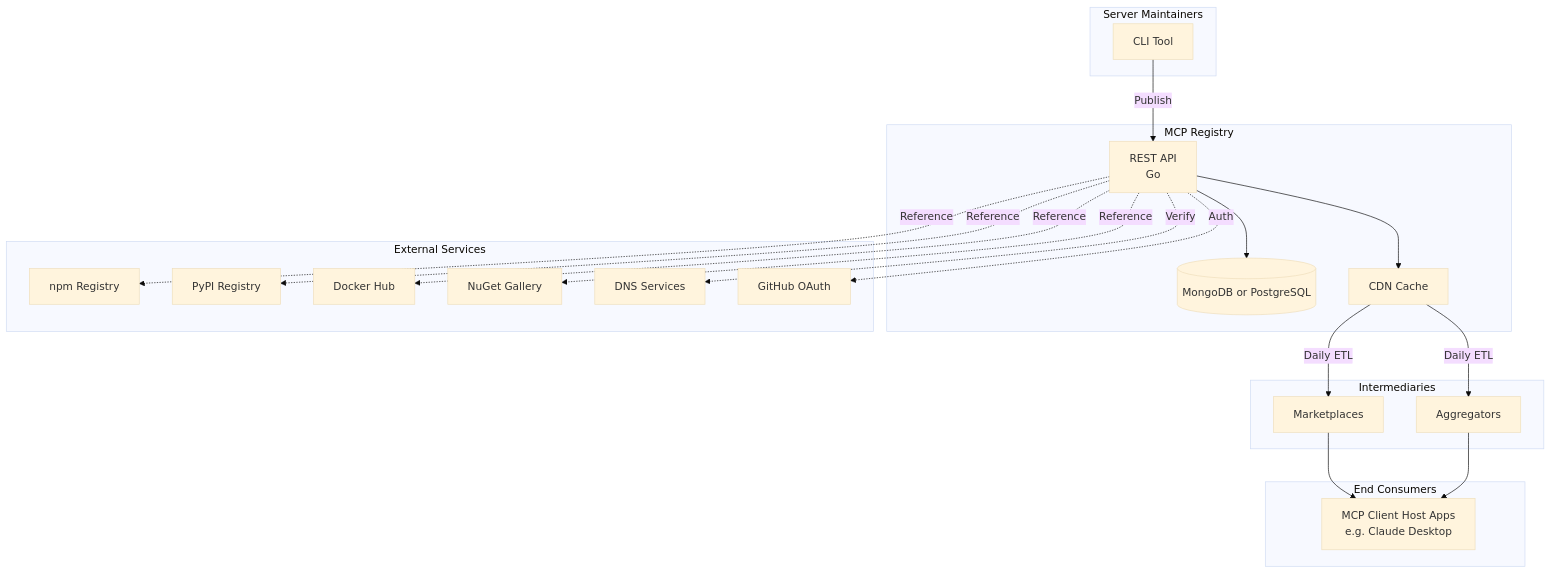
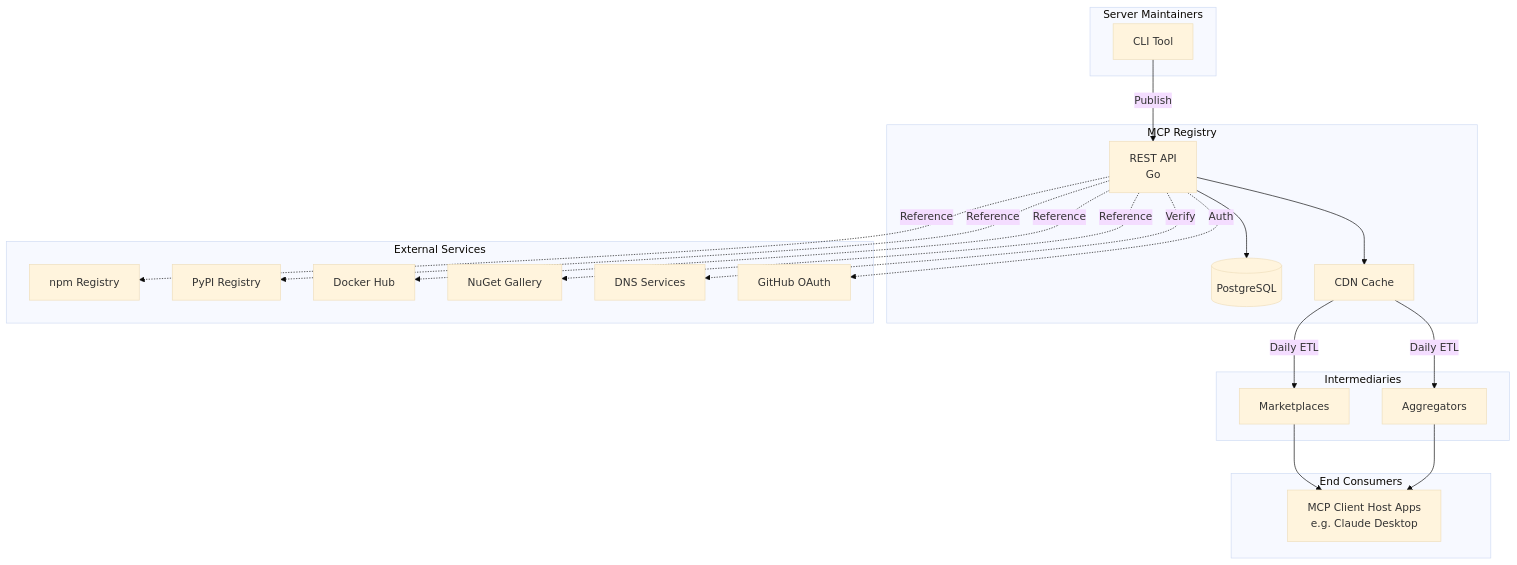
The first of 5 diagrams in docs/architecture.md (modelcontextprotocol/registry), drawn with Mermaid (base theme) before and after one commit. The commit also changed other lines of this file and 14 other files, not shown here.

First line of the commit message:
Refactor database implementation to use PostgreSQL instead of MongoDB

````diff
--- a/docs/architecture.md
+++ b/docs/architecture.md
@@ -9,44 +9,44 @@
 ```mermaid
 graph TB
     subgraph "Server Maintainers"
         CLI[CLI Tool]
     end
     
     subgraph "MCP Registry"
         API[REST API<br/>Go]
-        DB[(MongoDB or PostgreSQL)]
+        DB[(PostgreSQL)]
         CDN[CDN Cache]
     end
     
     subgraph "Intermediaries"
         MKT[Marketplaces]
         AGG[Aggregators]
     end
     
     subgraph "End Consumers"
         MC[MCP Client Host Apps<br/>e.g. Claude Desktop]
     end
     
     subgraph "External Services"
         NPM[npm Registry]
         PYPI[PyPI Registry]
         DOCKER[Docker Hub]
         NUGET[NuGet Gallery]
         DNS[DNS Services]
         GH[GitHub OAuth]
     end
     
     CLI --> |Publish| API
     API --> DB
     API --> CDN
     CDN --> |Daily ETL| MKT
     CDN --> |Daily ETL| AGG
     MKT --> MC
     AGG --> MC
     API -.-> |Auth| GH
     API -.-> |Verify| DNS
     API -.-> |Reference| NPM
     API -.-> |Reference| PYPI
     API -.-> |Reference| NUGET
     API -.-> |Reference| DOCKER
 ```
````
